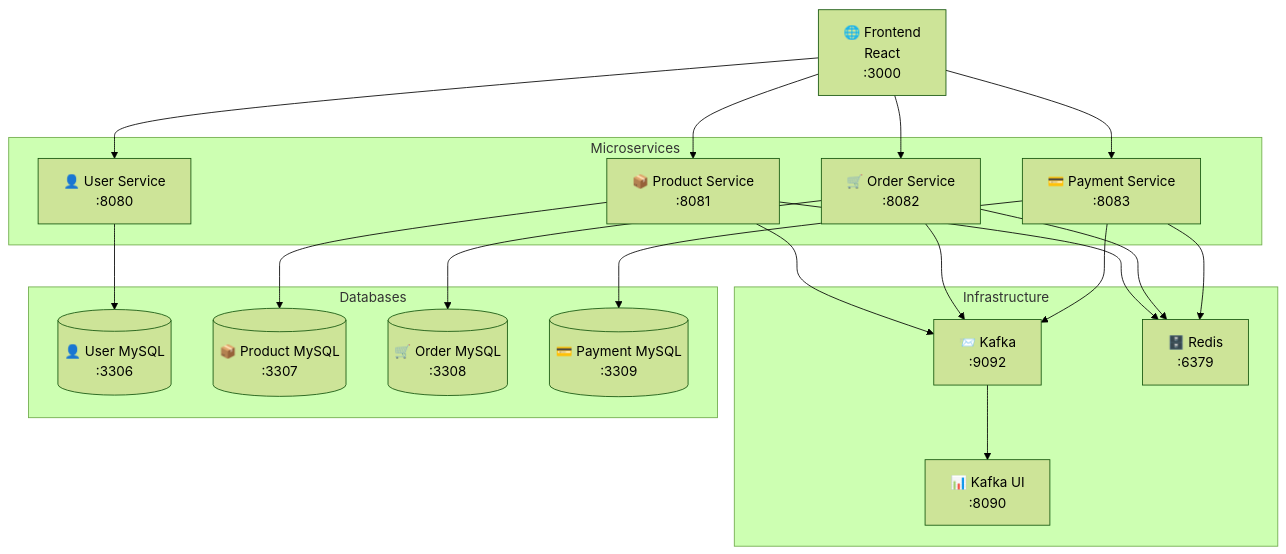
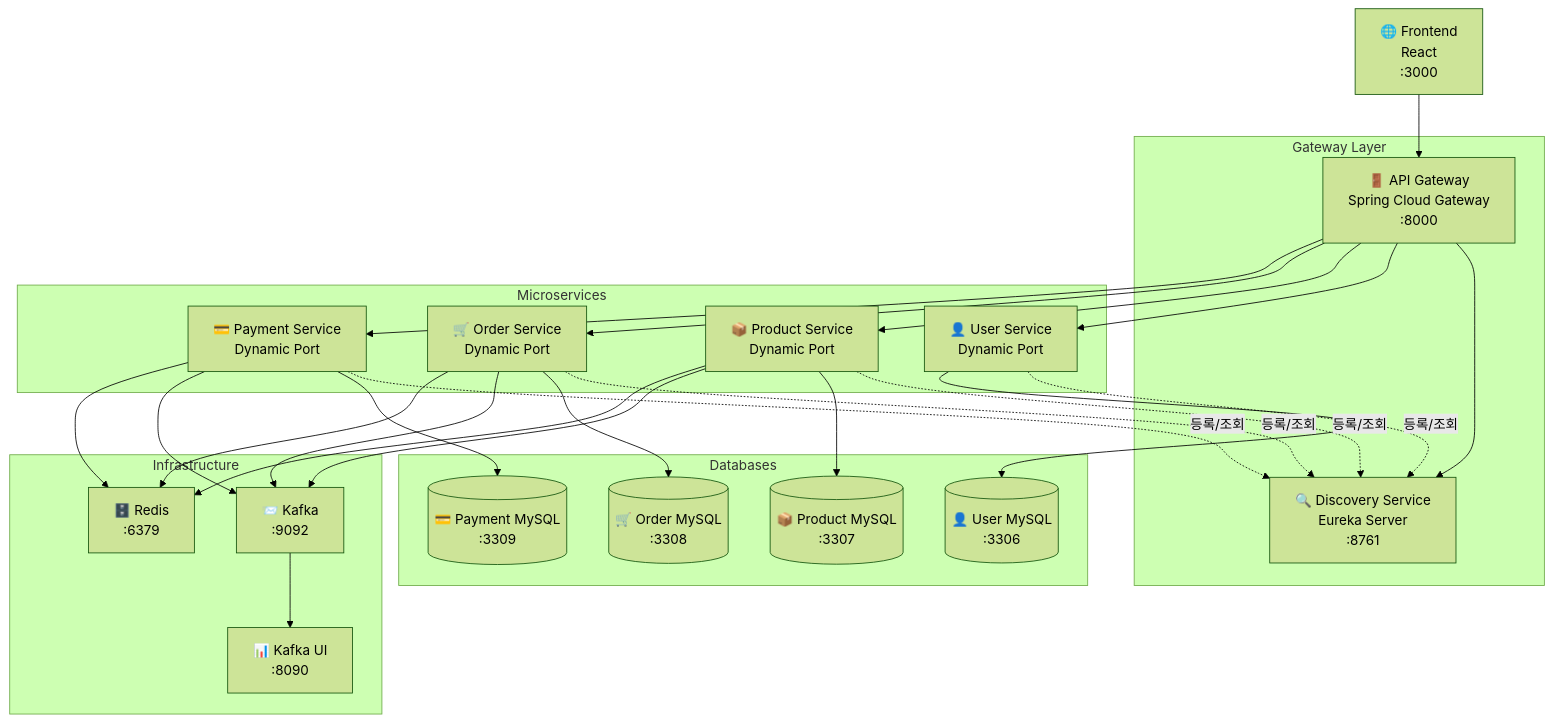
The first of 5 diagrams in readMe.md (hana0627/i-love-pet), drawn with Mermaid (forest theme) before and after one commit. The commit also changed other lines of this file, not shown here.

````diff
--- a/readMe.md
+++ b/readMe.md
@@ -21,44 +22,56 @@
 ```mermaid
 graph TB
     Frontend[🌐 Frontend<br/>React<br/>:3000]
-    
+
+    subgraph "Gateway Layer"
+        APIGateway[🚪 API Gateway<br/>Spring Cloud Gateway<br/>:8000]
+        Discovery[🔍 Discovery Service<br/>Eureka Server<br/>:8761]
+    end
+
     subgraph "Microservices"
-        UserService[👤 User Service<br/>:8080]
-        ProductService[📦 Product Service<br/>:8081]
-        OrderService[🛒 Order Service<br/>:8082]
-        PaymentService[💳 Payment Service<br/>:8083]
+        UserService[👤 User Service<br/>Dynamic Port]
+        ProductService[📦 Product Service<br/>Dynamic Port]
+        OrderService[🛒 Order Service<br/>Dynamic Port]
+        PaymentService[💳 Payment Service<br/>Dynamic Port]
     end
-    
+
     subgraph "Infrastructure"
         Kafka[📨 Kafka<br/>:9092]
         Redis[🗄️ Redis<br/>:6379]
         KafkaUI[📊 Kafka UI<br/>:8090]
     end
-    
+
     subgraph "Databases"
         UserDB[(👤 User MySQL<br/>:3306)]
         ProductDB[(📦 Product MySQL<br/>:3307)]
         OrderDB[(🛒 Order MySQL<br/>:3308)]
         PaymentDB[(💳 Payment MySQL<br/>:3309)]
     end
-    
-    Frontend --> UserService
-    Frontend --> ProductService
-    Frontend --> OrderService
-    Frontend --> PaymentService
-    
+
+    Frontend --> APIGateway
+    APIGateway --> Discovery
+    APIGateway --> UserService
+    APIGateway --> ProductService
+    APIGateway --> OrderService
+    APIGateway --> PaymentService
+
+    UserService -.등록/조회.-> Discovery
+    ProductService -.등록/조회.-> Discovery
+    OrderService -.등록/조회.-> Discovery
+    PaymentService -.등록/조회.-> Discovery
+
     UserService --> UserDB
     ProductService --> ProductDB
     OrderService --> OrderDB
     PaymentService --> PaymentDB
-    
+
     ProductService --> Kafka
     OrderService --> Kafka
     PaymentService --> Kafka
-    
+
     ProductService --> Redis
     OrderService --> Redis
     PaymentService --> Redis
-    
+
     Kafka --> KafkaUI
 ```
````
